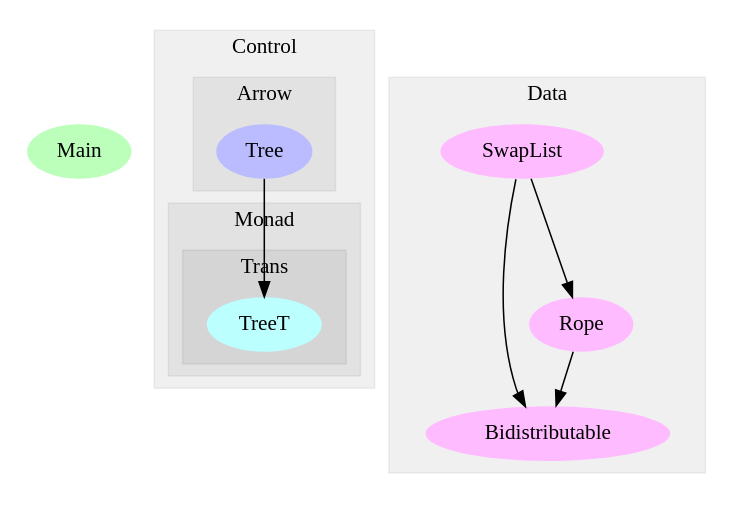
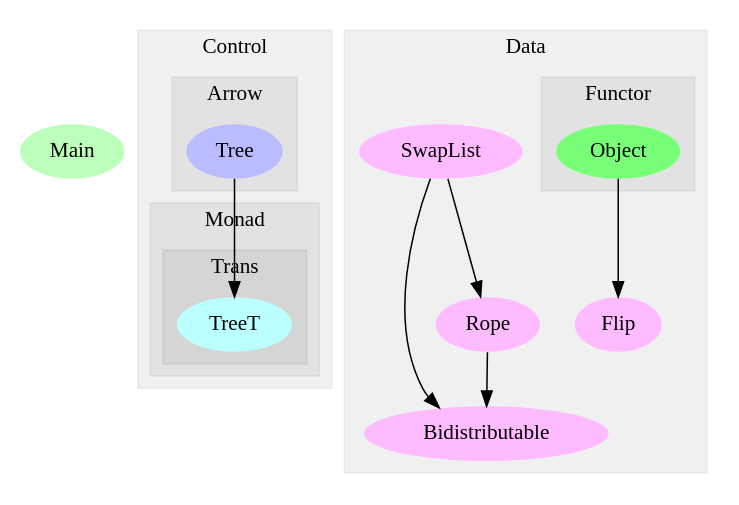
Before and after one commit to michaeljklein/flock-pieces-treet: the diagram in dependency_graph.dot, drawn with Graphviz. The commit also changed 76 other files, not shown here.

Commit message:
updated dep. graph and docs

```diff
--- a/dependency_graph.dot
+++ b/dependency_graph.dot
@@ -1,45 +1,54 @@
 digraph G {
 size="6,4";
 ratio="fill";
-u5[label="Main",style="filled",fillcolor="#bbffbb",penwidth="0"];
+u7[label="Main",style="filled",fillcolor="#bbffbb",penwidth="0"];
 subgraph cluster_0 {
 label="Control";
 color="#0000000F";
 style="filled";
 subgraph cluster_1 {
 label="Arrow";
 color="#0000000F";
 style="filled";
 u1[label="Tree",style="filled",fillcolor="#bbbbff",penwidth="0"];
 
 }
 subgraph cluster_2 {
 label="Monad";
 color="#0000000F";
 style="filled";
 subgraph cluster_3 {
 label="Trans";
 color="#0000000F";
 style="filled";
 u0[label="TreeT",style="filled",fillcolor="#bbffff",penwidth="0"];
 
 }
 
 }
 
 }
 subgraph cluster_4 {
 label="Data";
 color="#0000000F";
 style="filled";
 u2[label="Bidistributable",style="filled",fillcolor="#ffbbff",penwidth="0"];
-u3[label="Rope",style="filled",fillcolor="#ffbbff",penwidth="0"];
-u4[label="SwapList",style="filled",fillcolor="#ffbbff",penwidth="0"];
+u3[label="Flip",style="filled",fillcolor="#ffbbff",penwidth="0"];
+u5[label="Rope",style="filled",fillcolor="#ffbbff",penwidth="0"];
+u6[label="SwapList",style="filled",fillcolor="#ffbbff",penwidth="0"];
+subgraph cluster_5 {
+label="Functor";
+color="#0000000F";
+style="filled";
+u4[label="Object",style="filled",fillcolor="#77ff77",penwidth="0"];
+
+}
 
 }
 u1 -> u0;
-u3 -> u2;
-u4 -> u2;
 u4 -> u3;
+u5 -> u2;
+u6 -> u2;
+u6 -> u5;
 
 }
```
